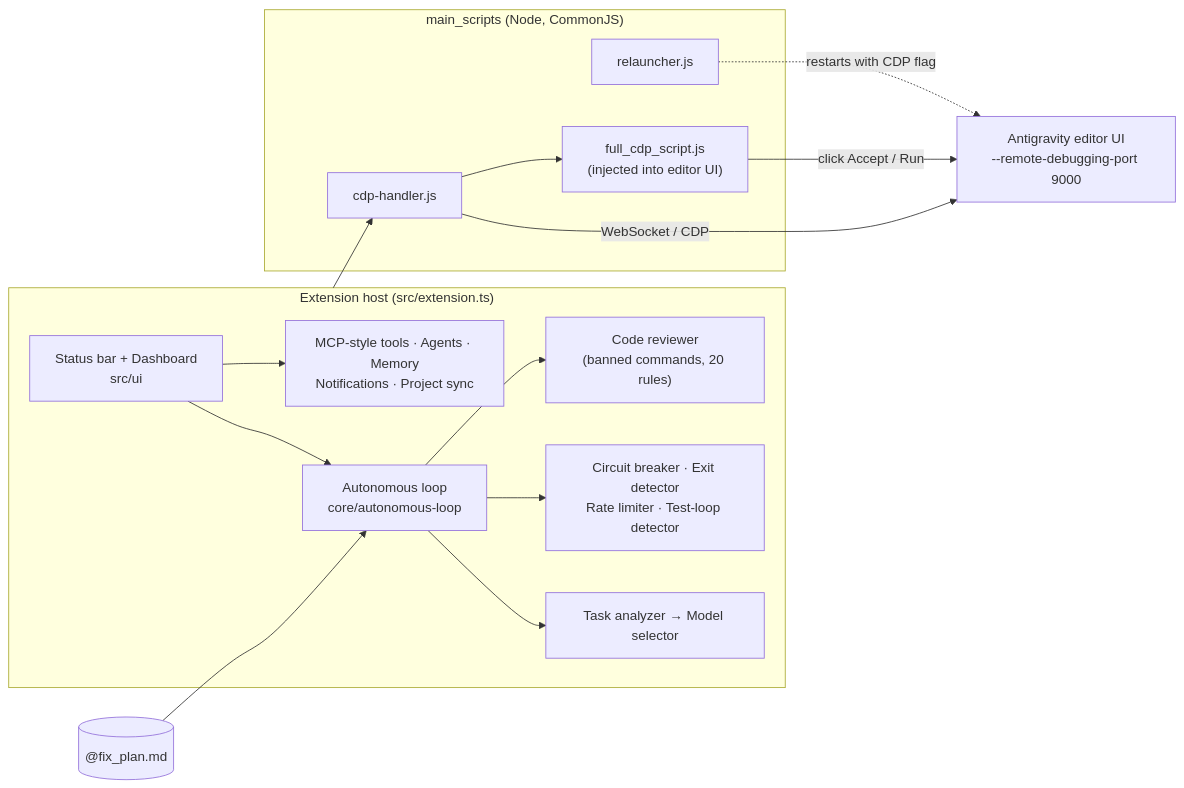
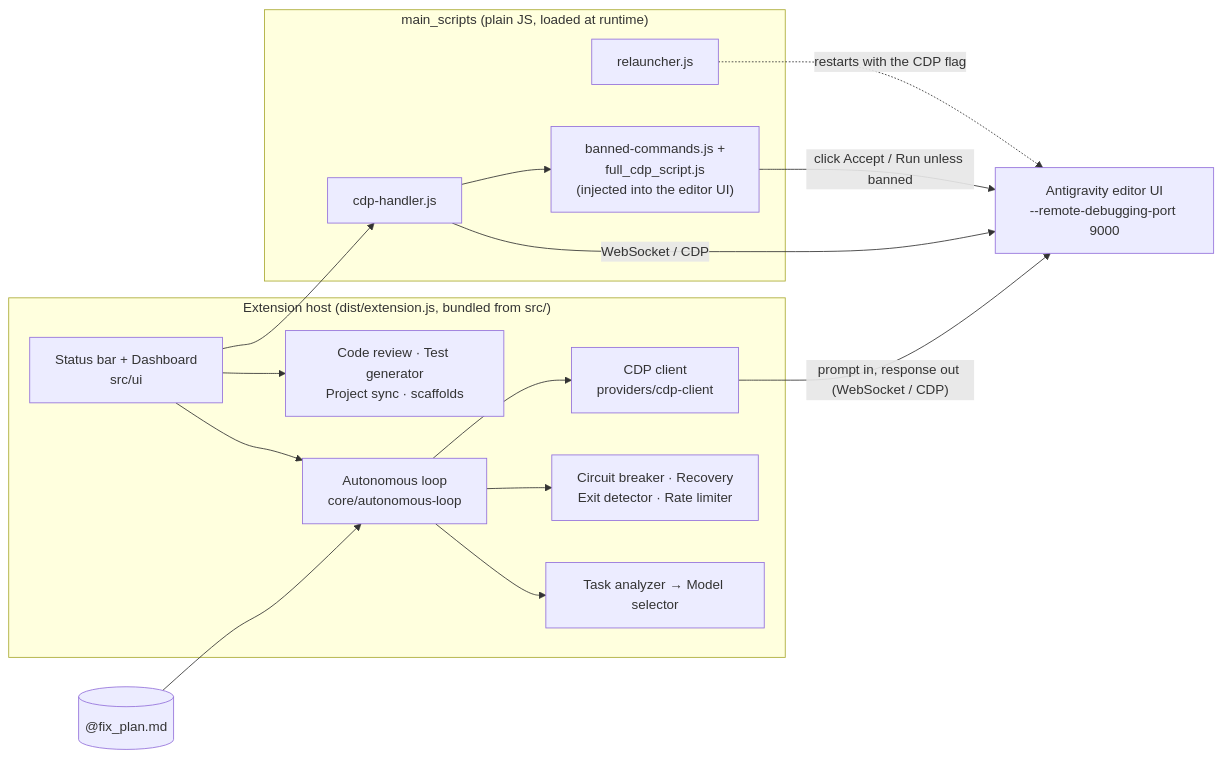
The diagram in README.md (muhib-karim/antigravity-workflow-kit), drawn with Mermaid before and after one commit. The commit also changed other lines of this file and 84 other files, not shown here.

First line of the commit message:
Production-grade pass: working VSIX, real deny-list, circuit breaker that works, gated CI (#4)

````diff
--- a/README.md
+++ b/README.md
@@ -117,30 +163,31 @@
 ```mermaid
 flowchart LR
-    subgraph Ext["Extension host (src/extension.ts)"]
+    subgraph Ext["Extension host (dist/extension.js, bundled from src/)"]
         UI["Status bar + Dashboard<br/>src/ui"]
         Loop["Autonomous loop<br/>core/autonomous-loop"]
-        Guard["Circuit breaker · Exit detector<br/>Rate limiter · Test-loop detector"]
+        Guard["Circuit breaker · Recovery<br/>Exit detector · Rate limiter"]
         Route["Task analyzer → Model selector"]
-        Review["Code reviewer<br/>(banned commands, 20 rules)"]
-        Tools["MCP-style tools · Agents · Memory<br/>Notifications · Project sync"]
+        Client["CDP client<br/>providers/cdp-client"]
+        Tools["Code review · Test generator<br/>Project sync · scaffolds"]
     end
-    subgraph CDP["main_scripts (Node, CommonJS)"]
+    subgraph Scripts["main_scripts (plain JS, loaded at runtime)"]
         Handler["cdp-handler.js"]
         Relaunch["relauncher.js"]
-        Inject["full_cdp_script.js<br/>(injected into editor UI)"]
+        Inject["banned-commands.js +<br/>full_cdp_script.js<br/>(injected into the editor UI)"]
     end
     Plan[("@fix_plan.md")]
     AG["Antigravity editor UI<br/>--remote-debugging-port 9000"]
 
     UI --> Loop
+    UI --> Tools
     Plan --> Loop
     Loop --> Route
     Loop --> Guard
-    Loop --> Review
-    UI --> Tools
-    Ext --> Handler
-    Relaunch -. restarts with CDP flag .-> AG
-    Handler -- WebSocket / CDP --> AG
+    Loop --> Client
+    Client -- "prompt in, response out (WebSocket / CDP)" --> AG
+    UI --> Handler
+    Handler -- "WebSocket / CDP" --> AG
     Handler --> Inject
-    Inject -- click Accept / Run --> AG
+    Inject -- "click Accept / Run unless banned" --> AG
+    Relaunch -. "restarts with the CDP flag" .-> AG
 ```
````
